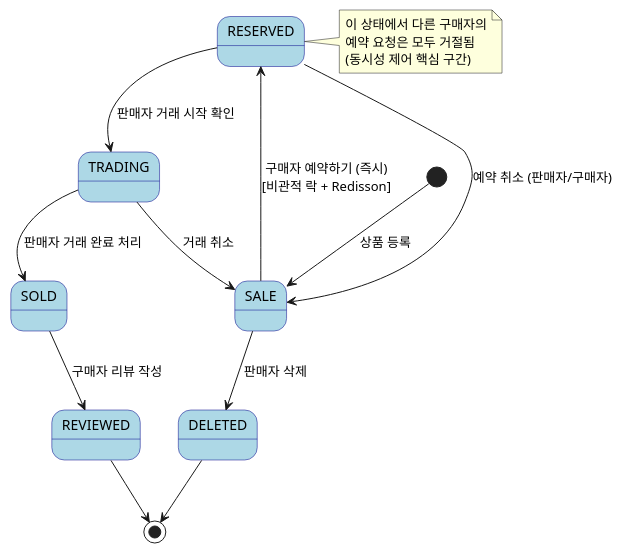
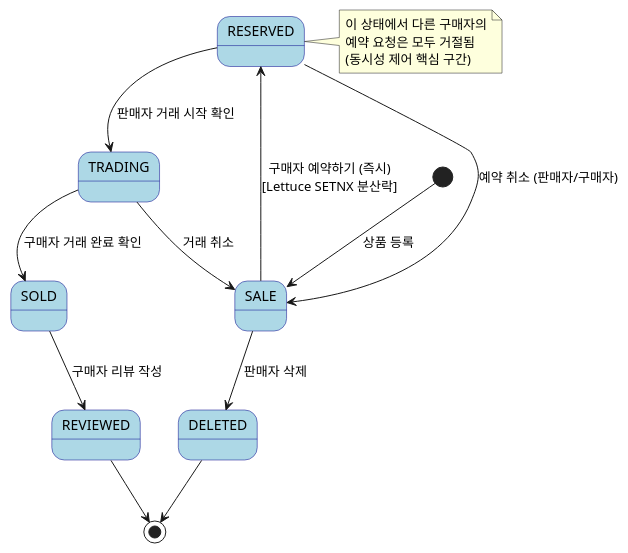
Before and after one commit to Team-5th-Chat-prj/Team-5th: the second of 2 diagrams in docs/SA/03-유스케이스 명세서.md, drawn with PlantUML. The commit also changed other lines of this file and 9 other files, not shown here.

````diff
--- a/docs/SA/03-유스케이스 명세서.md
+++ b/docs/SA/03-유스케이스 명세서.md
@@ -370,30 +438,30 @@
 ```plantuml
 @startuml
 skinparam state {
   BackgroundColor LightBlue
   BorderColor DarkBlue
 }
 
 [*] --> SALE : 상품 등록
 
-SALE --> RESERVED : 구매자 예약하기 (즉시)\n[비관적 락 + Redisson]
+SALE --> RESERVED : 구매자 예약하기 (즉시)\n[Lettuce SETNX 분산락]
 SALE --> DELETED : 판매자 삭제
 
 RESERVED --> SALE : 예약 취소 (판매자/구매자)
 RESERVED --> TRADING : 판매자 거래 시작 확인
 
-TRADING --> SOLD : 판매자 거래 완료 처리
+TRADING --> SOLD : 구매자 거래 완료 확인
 TRADING --> SALE : 거래 취소
 
 SOLD --> REVIEWED : 구매자 리뷰 작성
 
 REVIEWED --> [*]
 DELETED --> [*]
 
 note right of RESERVED
   이 상태에서 다른 구매자의
   예약 요청은 모두 거절됨
   (동시성 제어 핵심 구간)
 end note
 @enduml
 ```
````
